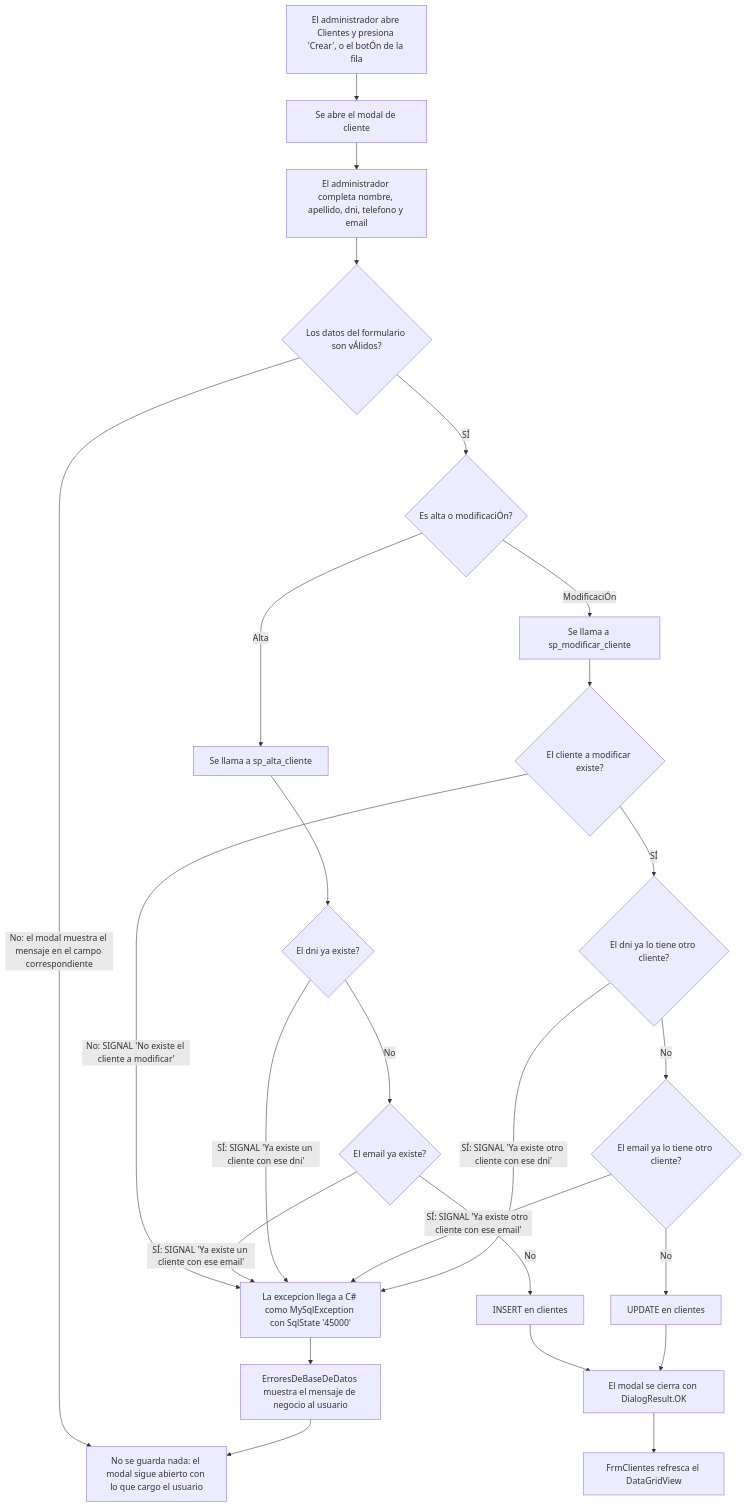
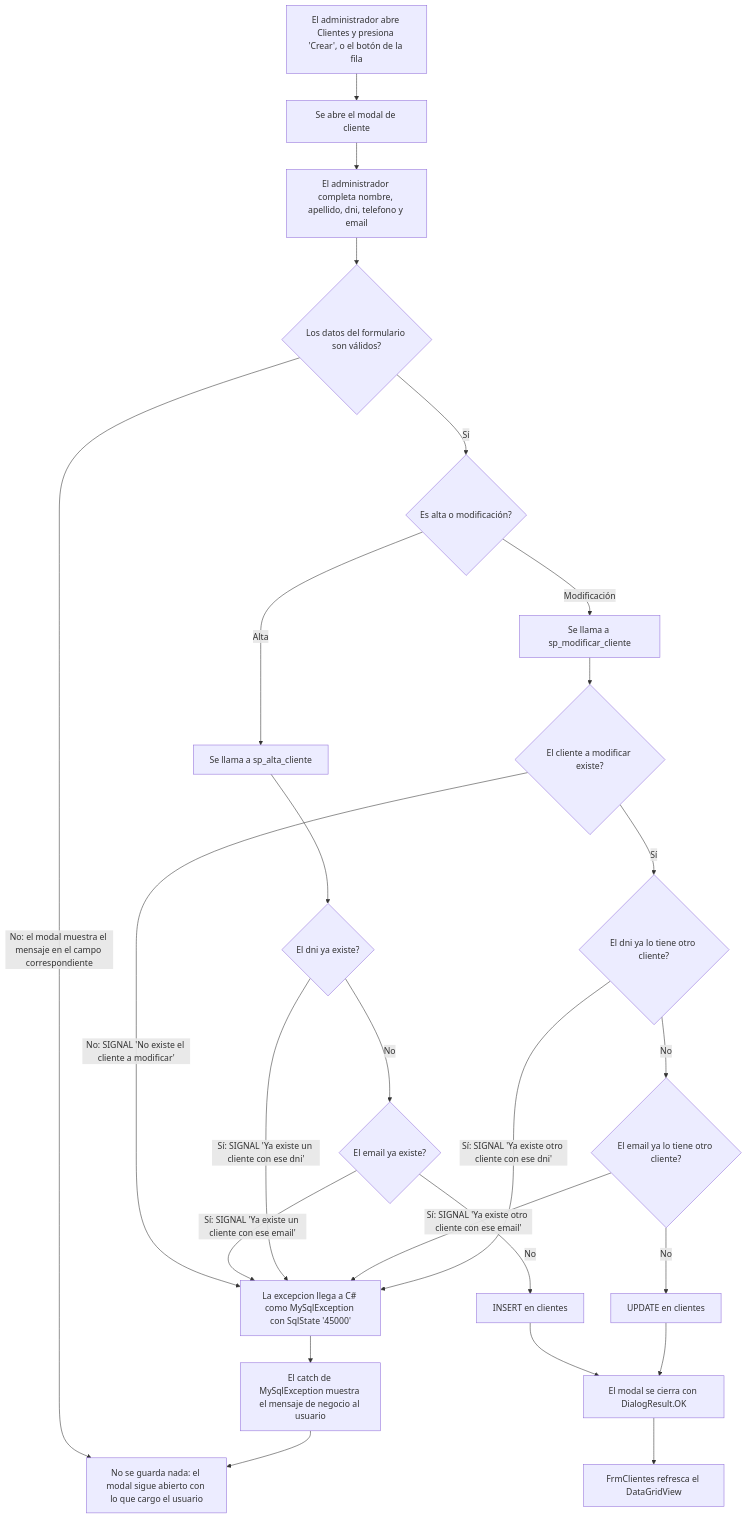
One commit to adrianbeep/final-algoritmos changed the third of 5 diagrams in Docs/DFD.md. Above: the diagram before and after it, drawn with Mermaid. The commit also changed other lines of this file and 7 other files, not shown here.

````diff
--- a/Docs/DFD.md
+++ b/Docs/DFD.md
@@ -227,27 +236,27 @@
 ```mermaid
 flowchart TD
-    A["El administrador abre Clientes y presiona 'Crear', o el botÓn de la fila"] --> B["Se abre el modal de cliente"]
+    A["El administrador abre Clientes y presiona 'Crear', o el botón de la fila"] --> B["Se abre el modal de cliente"]
     B --> C["El administrador completa nombre, apellido, dni, telefono y email"]
-    C --> D{"Los datos del formulario son vÁlidos?"}
+    C --> D{"Los datos del formulario son válidos?"}
     D -->|"No: el modal muestra el mensaje en el campo correspondiente"| Z
-    D -->|SÍ| E{"Es alta o modificaciÓn?"}
-    E -->|ModificaciÓn| F["Se llama a sp_modificar_cliente"]
+    D -->|Sí| E{"Es alta o modificación?"}
+    E -->|Modificación| F["Se llama a sp_modificar_cliente"]
     E -->|Alta| G["Se llama a sp_alta_cliente"]
     F --> H{"El cliente a modificar existe?"}
     H -->|"No: SIGNAL 'No existe el cliente a modificar'"| Q
-    H -->|SÍ| I{"El dni ya lo tiene otro cliente?"}
+    H -->|Sí| I{"El dni ya lo tiene otro cliente?"}
     G --> J{"El dni ya existe?"}
     J -->|No| K{"El email ya existe?"}
     K -->|No| L["INSERT en clientes"]
-    K -->|"SÍ: SIGNAL 'Ya existe un cliente con ese email'"| Q
-    J -->|"SÍ: SIGNAL 'Ya existe un cliente con ese dni'"| Q
+    K -->|"Sí: SIGNAL 'Ya existe un cliente con ese email'"| Q
+    J -->|"Sí: SIGNAL 'Ya existe un cliente con ese dni'"| Q
     I -->|No| M{"El email ya lo tiene otro cliente?"}
     M -->|No| N["UPDATE en clientes"]
-    M -->|"SÍ: SIGNAL 'Ya existe otro cliente con ese email'"| Q
-    I -->|"SÍ: SIGNAL 'Ya existe otro cliente con ese dni'"| Q
+    M -->|"Sí: SIGNAL 'Ya existe otro cliente con ese email'"| Q
+    I -->|"Sí: SIGNAL 'Ya existe otro cliente con ese dni'"| Q
     L --> O["El modal se cierra con DialogResult.OK"]
     N --> O
     O --> P["FrmClientes refresca el DataGridView"]
-    Q["La excepcion llega a C# como MySqlException con SqlState '45000'"] --> R["ErroresDeBaseDeDatos muestra el mensaje de negocio al usuario"]
+    Q["La excepcion llega a C# como MySqlException con SqlState '45000'"] --> R["El catch de MySqlException muestra el mensaje de negocio al usuario"]
     R --> Z["No se guarda nada: el modal sigue abierto con lo que cargo el usuario"]
 ```
````
